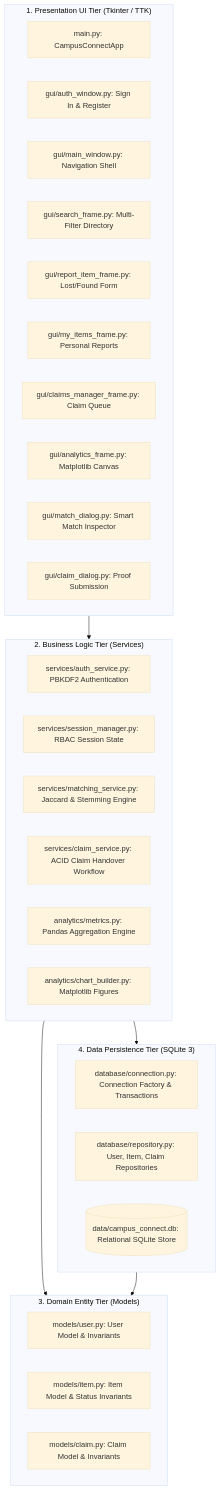
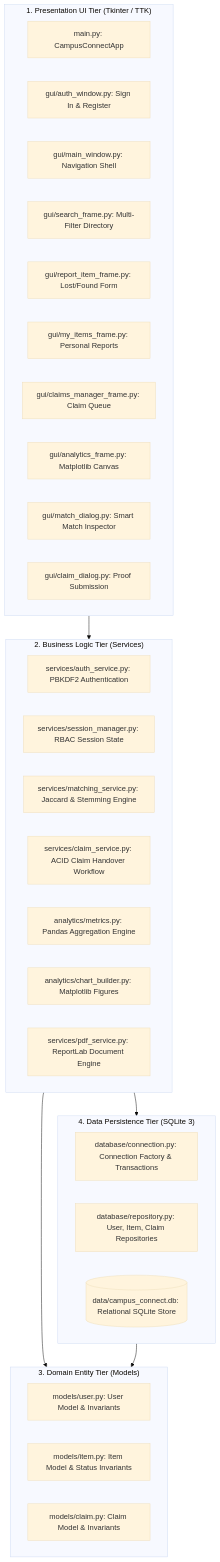
The first of 2 diagrams in README.md (Anayat-bhat/Campus-Connect), drawn with Mermaid (base theme) before and after one commit. The commit also changed other lines of this file, not shown here.

Commit message:
docs: complete Phase 13 PDF handover receipt and audit report documentation

````diff
--- a/README.md
+++ b/README.md
@@ -343,41 +384,42 @@
 ```mermaid
 graph TD
     subgraph Presentation_Tier ["1. Presentation UI Tier (Tkinter / TTK)"]
         A[main.py: CampusConnectApp]
         B[gui/auth_window.py: Sign In & Register]
         C[gui/main_window.py: Navigation Shell]
         D[gui/search_frame.py: Multi-Filter Directory]
         E[gui/report_item_frame.py: Lost/Found Form]
         F[gui/my_items_frame.py: Personal Reports]
         G[gui/claims_manager_frame.py: Claim Queue]
         H[gui/analytics_frame.py: Matplotlib Canvas]
         I[gui/match_dialog.py: Smart Match Inspector]
         J[gui/claim_dialog.py: Proof Submission]
     end
 
     subgraph Business_Logic_Tier ["2. Business Logic Tier (Services)"]
         K[services/auth_service.py: PBKDF2 Authentication]
         L[services/session_manager.py: RBAC Session State]
         M[services/matching_service.py: Jaccard & Stemming Engine]
         N[services/claim_service.py: ACID Claim Handover Workflow]
         O[analytics/metrics.py: Pandas Aggregation Engine]
         P[analytics/chart_builder.py: Matplotlib Figures]
+        W[services/pdf_service.py: ReportLab Document Engine]
     end
 
     subgraph Domain_Tier ["3. Domain Entity Tier (Models)"]
         Q[models/user.py: User Model & Invariants]
         R[models/item.py: Item Model & Status Invariants]
         S[models/claim.py: Claim Model & Invariants]
     end
 
     subgraph Persistence_Tier ["4. Data Persistence Tier (SQLite 3)"]
         T[database/connection.py: Connection Factory & Transactions]
         U[database/repository.py: User, Item, Claim Repositories]
         V[(data/campus_connect.db: Relational SQLite Store)]
     end
 
     Presentation_Tier --> Business_Logic_Tier
     Business_Logic_Tier --> Domain_Tier
     Business_Logic_Tier --> Persistence_Tier
     Persistence_Tier --> Domain_Tier
 ```
````
